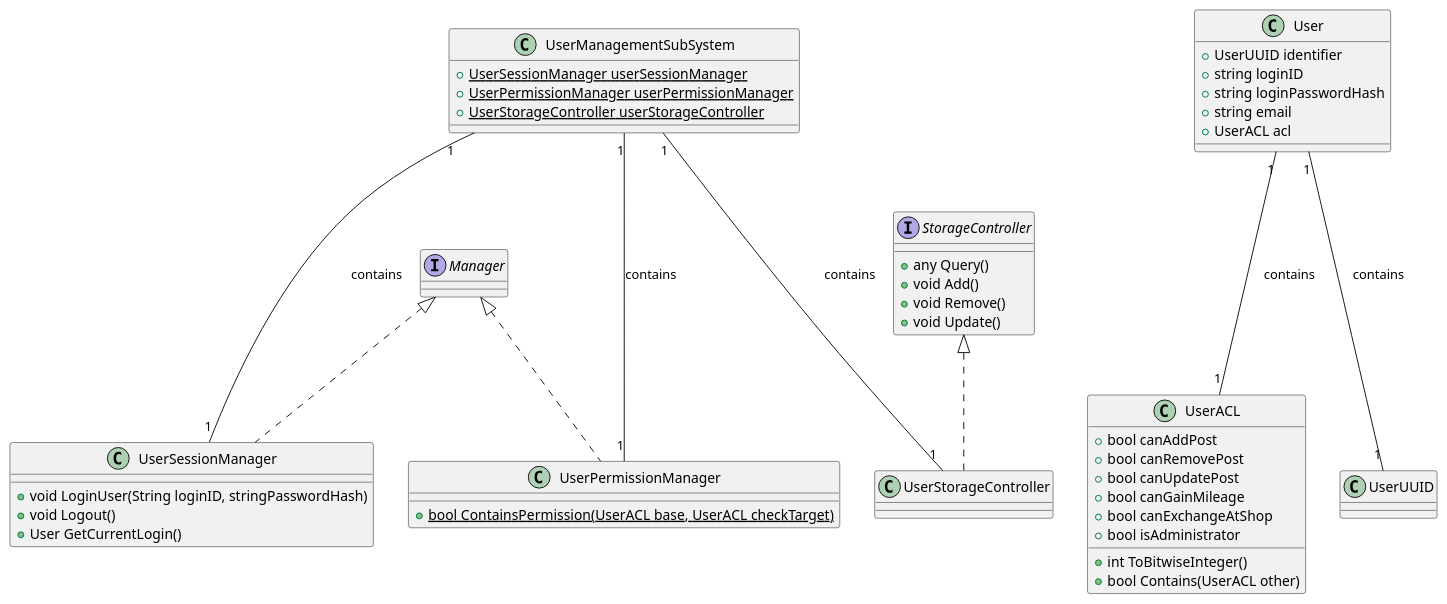
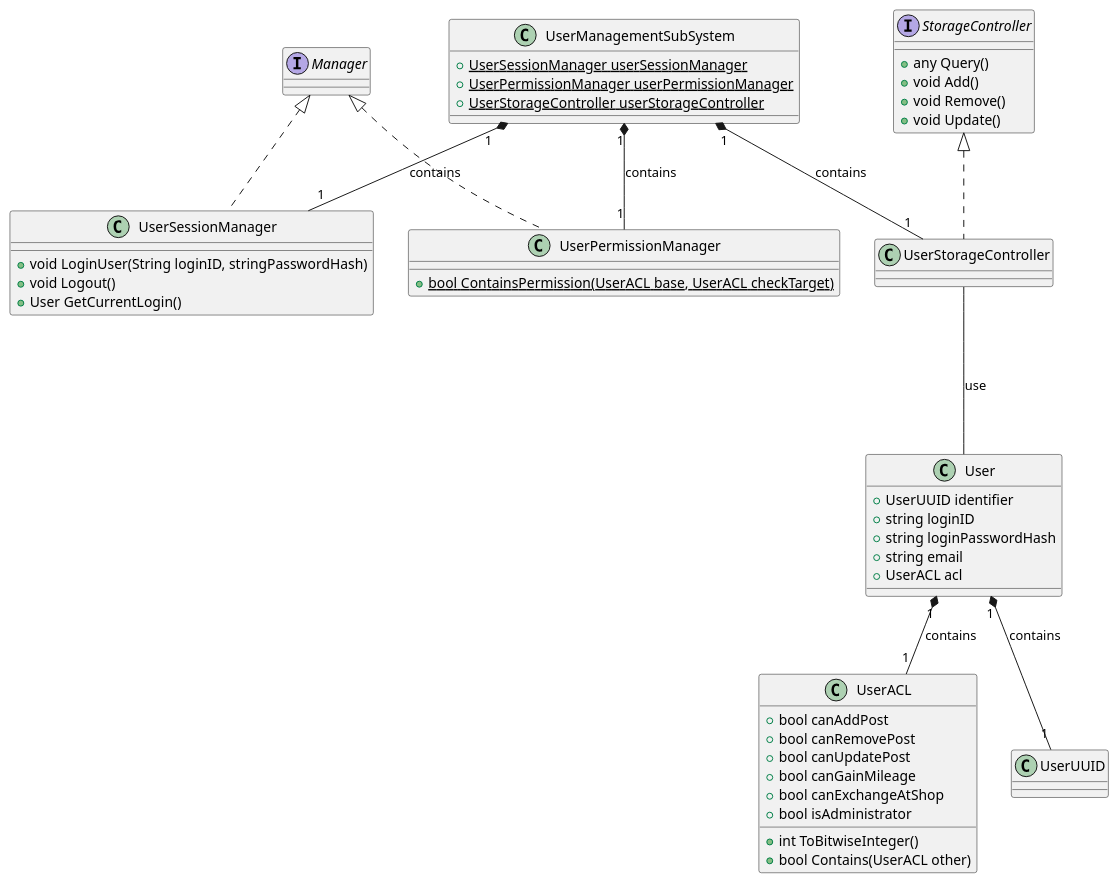
The diagram in src/UserManagement.puml (ShapeLayer/se-lecture-task__project-structure-definitions), drawn with PlantUML before and after one commit. The commit also changed 20 other files, not shown here.

```diff
--- a/src/UserManagement.puml
+++ b/src/UserManagement.puml
@@ -1,57 +1,56 @@
 @startuml
 Interface Manager
 Interface StorageController {
     + any Query()
     + void Add()
     + void Remove()
     + void Update()
 }
 
 class UserACL {
     + bool canAddPost
     + bool canRemovePost
     + bool canUpdatePost
     + bool canGainMileage
     + bool canExchangeAtShop
     + bool isAdministrator
     + int ToBitwiseInteger()
     + bool Contains(UserACL other)
 }
 
 class User {
     + UserUUID identifier
     + string loginID
     + string loginPasswordHash
     + string email
     + UserACL acl
 }
 
 class UserSessionManager implements Manager {
     + void LoginUser(String loginID, stringPasswordHash)
     + void Logout()
     + User GetCurrentLogin()
 }
 
-
-
 class UserStorageController implements StorageController {}
+UserStorageController --- User : use
 
 class UserPermissionManager implements Manager {
     + {static} bool ContainsPermission(UserACL base, UserACL checkTarget)
 }
 
-User "1" --- "1" UserUUID : contains
-User "1" --- "1" UserACL : contains
+User "1" *-- "1" UserUUID : contains
+User "1" *-- "1" UserACL : contains
 
 ' User Management SubSystem
 
 class UserManagementSubSystem {
     + {static} UserSessionManager userSessionManager
     + {static} UserPermissionManager userPermissionManager
     + {static} UserStorageController userStorageController
 }
 
-UserManagementSubSystem "1" --- "1" UserSessionManager : contains
-UserManagementSubSystem "1" --- "1" UserStorageController : contains
-UserManagementSubSystem "1" --- "1" UserPermissionManager : contains
+UserManagementSubSystem "1" *-- "1" UserSessionManager : contains
+UserManagementSubSystem "1" *-- "1" UserStorageController : contains
+UserManagementSubSystem "1" *-- "1" UserPermissionManager : contains
 @enduml
```
